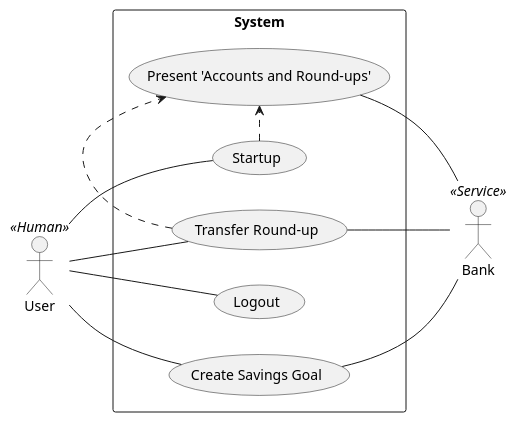
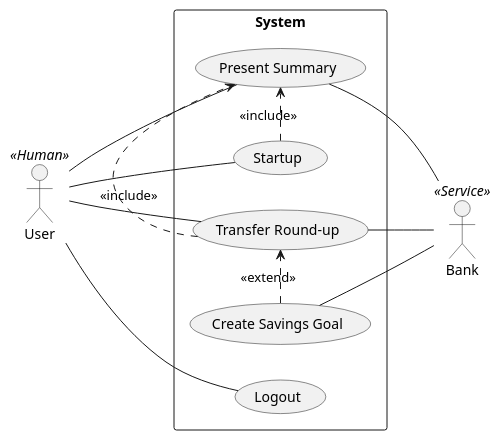
Before and after one commit to hristo-stefanov/MiniBankingDemo: the diagram in diagrams/Use Case Diagram.puml, drawn with PlantUML.

Commit message:
Update Use Case Diagram.puml

```diff
--- a/diagrams/Use Case Diagram.puml
+++ b/diagrams/Use Case Diagram.puml
@@ -1,26 +1,27 @@
 @startuml
 'https://plantuml.com/use-case-diagram
 
 left to right direction
 actor User <<Human>>
 actor Bank <<Service>>
 
 rectangle System {
 usecase Startup
 usecase Logout
 usecase "Transfer Round-up"
 usecase "Create Savings Goal"
-usecase "Present 'Accounts and Round-ups'"
+usecase "Present Summary"
 }
 
 User -- Startup
 User -- "Transfer Round-up"
-User -- "Create Savings Goal"
 User -- "Logout"
+User -- "Present Summary"
 
-Startup .> "Present 'Accounts and Round-ups'"
-"Transfer Round-up" .> "Present 'Accounts and Round-ups'"
-"Present 'Accounts and Round-ups'" -- "Bank"
+Startup .> "Present Summary" : <<include>>
+"Transfer Round-up" .> "Present Summary" : <<include>>
+"Create Savings Goal" .> "Transfer Round-up" : <<extend>>
+"Present Summary" -- "Bank"
 "Transfer Round-up" -- "Bank"
 "Create Savings Goal" -- "Bank"
 @enduml
```
